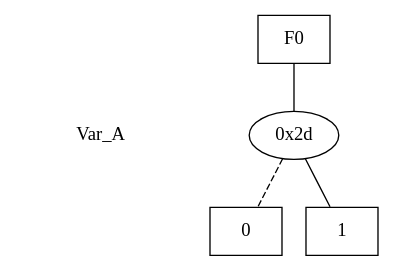
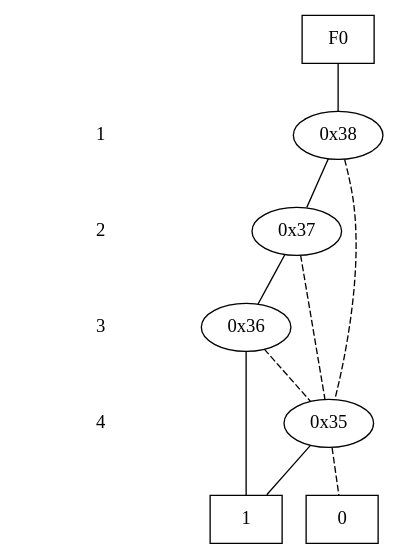
One commit to DimitrisT1804/algorithm_cad1_project changed the diagram in tool/CUDD_impl/bdd.dot. Above: the diagram before and after it, drawn with Graphviz. The commit also changed 4 other files, not shown here.

```diff
--- a/tool/CUDD_impl/bdd.dot
+++ b/tool/CUDD_impl/bdd.dot
@@ -1,25 +1,40 @@
 digraph "DD" {
 size = "7.5,10"
 center = true;
 edge [dir = none];
 { node [shape = plaintext];
   edge [style = invis];
   "CONST NODES" [style = invis];
-" Var_A " -> "CONST NODES"; 
+" 1 " -> " 2 " -> " 3 " -> " 4 " -> "CONST NODES"; 
 }
 { rank = same; node [shape = box]; edge [style = invis];
 "F0"; }
-{ rank = same; " Var_A ";
-"0x2d";
+{ rank = same; " 1 ";
+"0x38";
+}
+{ rank = same; " 2 ";
+"0x37";
+}
+{ rank = same; " 3 ";
+"0x36";
+}
+{ rank = same; " 4 ";
+"0x35";
 }
 { rank = same; "CONST NODES";
 { node [shape = box]; "0x27";
 "0x26";
 }
 }
-"F0" -> "0x2d" [style = solid];
-"0x2d" -> "0x26";
-"0x2d" -> "0x27" [style = dashed];
+"F0" -> "0x38" [style = solid];
+"0x38" -> "0x37";
+"0x38" -> "0x35" [style = dashed];
+"0x37" -> "0x36";
+"0x37" -> "0x35" [style = dashed];
+"0x36" -> "0x26";
+"0x36" -> "0x35" [style = dashed];
+"0x35" -> "0x26";
+"0x35" -> "0x27" [style = dashed];
 "0x27" [label = "0"];
 "0x26" [label = "1"];
 }
```
